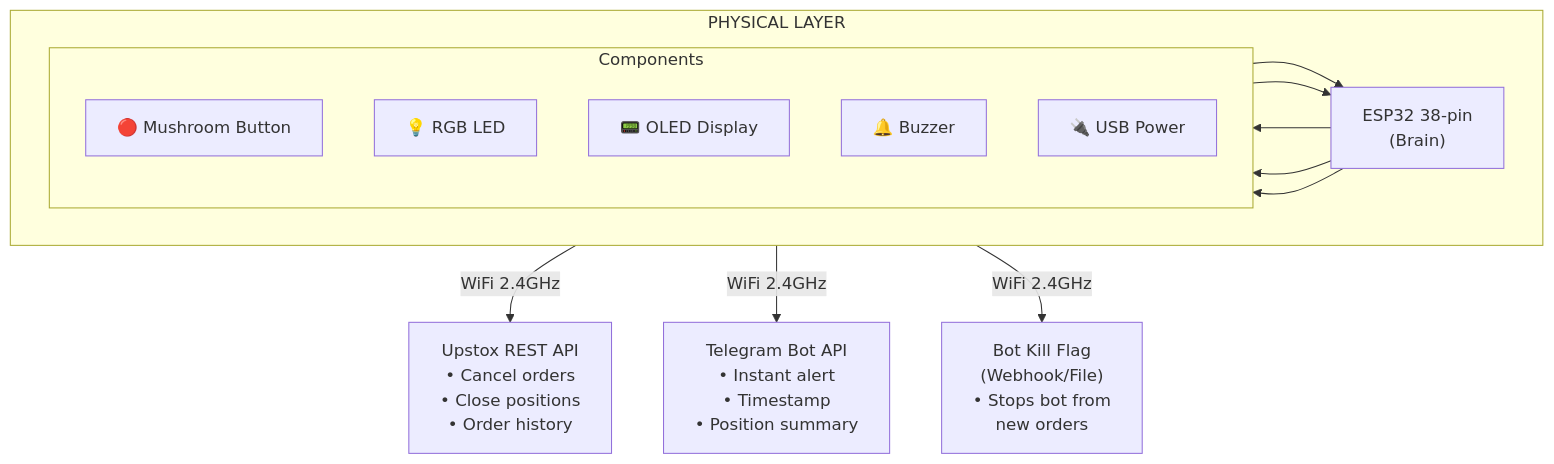
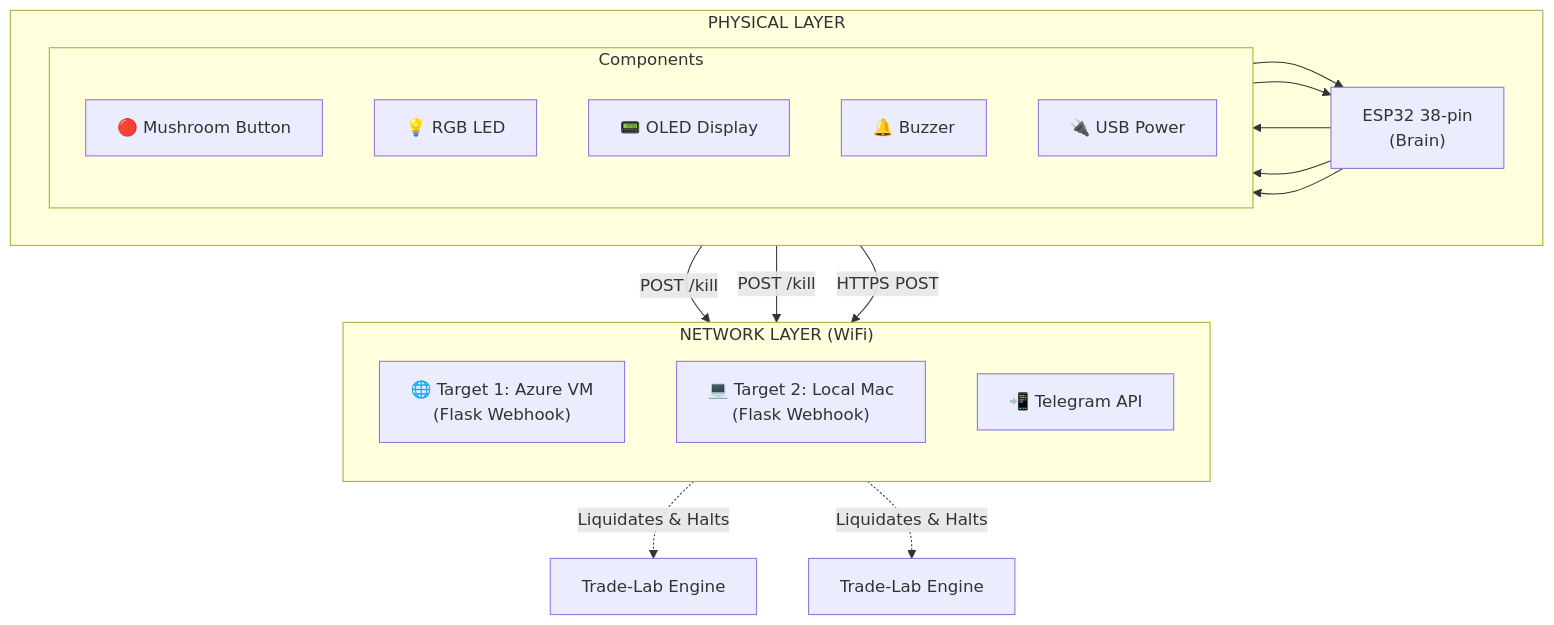
Before and after one commit to anzinmhd/esp32-trading-killswitch: the first of 2 diagrams in README.md, drawn with Mermaid. The commit also changed other lines of this file and 7 other files, not shown here.

````diff
--- a/README.md
+++ b/README.md
@@ -33,27 +39,37 @@
 ```mermaid
 flowchart TD
     subgraph Physical["PHYSICAL LAYER"]
         direction LR
         
         subgraph Components
             direction TB
             BTN[🔴 Mushroom Button]
             LED[💡 RGB LED]
             OLED[📟 OLED Display]
             BUZZ[🔔 Buzzer]
             PWR[🔌 USB Power]
         end
         
         ESP["ESP32 38-pin<br>(Brain)"]
         
         BTN --> ESP
         PWR --> ESP
         ESP --> LED
         ESP --> OLED
         ESP --> BUZZ
     end
     
-    Physical -->|WiFi 2.4GHz| UP["Upstox REST API <br> • Cancel orders <br> • Close positions <br> • Order history"]
-    Physical -->|WiFi 2.4GHz| TEL["Telegram Bot API <br> • Instant alert <br> • Timestamp <br> • Position summary"]
-    Physical -->|WiFi 2.4GHz| BOT["Bot Kill Flag <br> (Webhook/File) <br> • Stops bot from <br> new orders"]
+    subgraph Network["NETWORK LAYER (WiFi)"]
+        direction TB
+        Azure["🌐 Target 1: Azure VM <br> (Flask Webhook)"]
+        Local["💻 Target 2: Local Mac <br> (Flask Webhook)"]
+        Telegram["📲 Telegram API"]
+    end
+    
+    ESP -->|POST /kill| Azure
+    ESP -->|POST /kill| Local
+    ESP -->|HTTPS POST| Telegram
+    
+    Azure -.-> |Liquidates & Halts| Bot1[Trade-Lab Engine]
+    Local -.-> |Liquidates & Halts| Bot2[Trade-Lab Engine]
 ```
````
